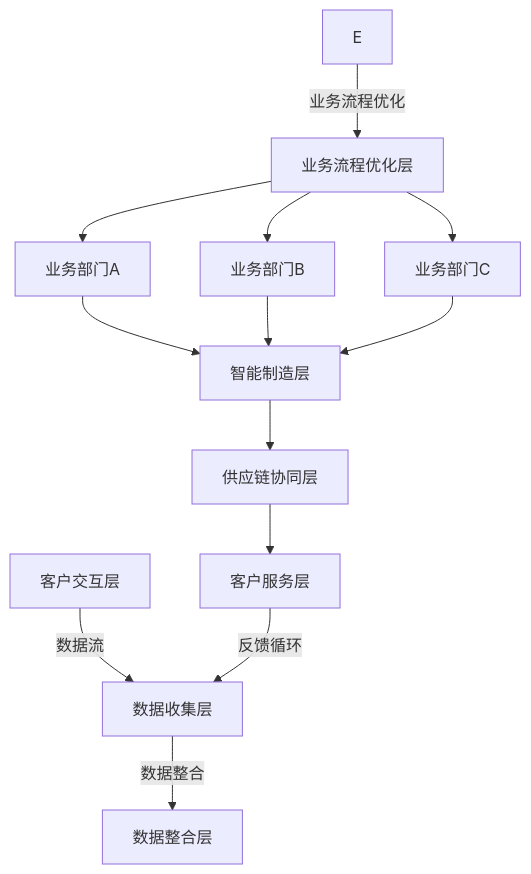
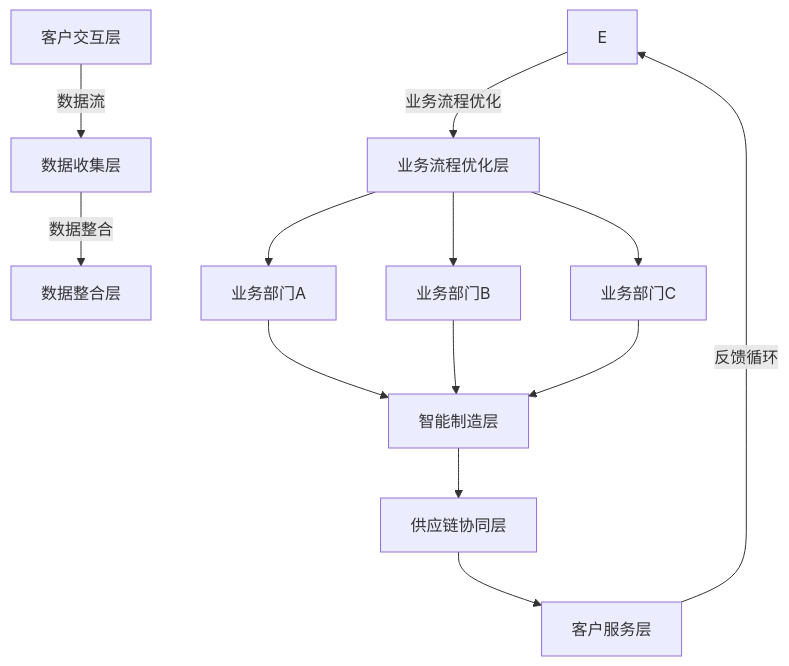
The diagram in all/未命名-6.md (Theo20221119/iodraw-files), drawn with Mermaid before and after one commit.

Commit message:
2024-12-19 10:37:02 update

````diff
--- a/all/未命名-6.md
+++ b/all/未命名-6.md
@@ -1,17 +1,16 @@
 ```mermaid
 graph TD
     A[客户交互层] -->|数据流| B[数据收集层]
     B -->|数据整合| C[数据整合层]
-   
     E -->|业务流程优化| F[业务流程优化层]
     F --> G[业务部门A]
     F --> H[业务部门B]
     F --> I[业务部门C]
     G --> J[智能制造层]
     H --> J
     I --> J
     J --> K[供应链协同层]
     K --> L[客户服务层]
-    L -->|反馈循环| B
+    L -->|反馈循环| E
 
 ```
````
